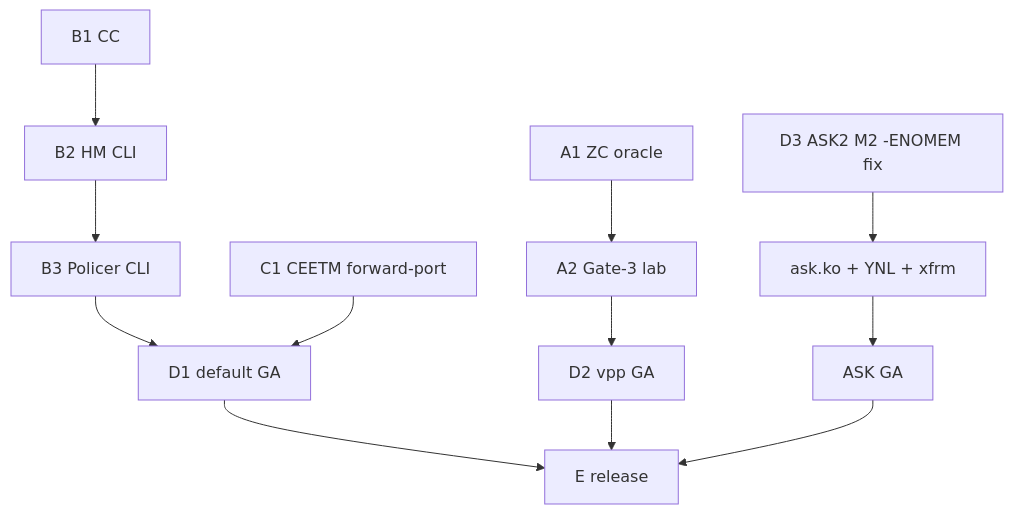
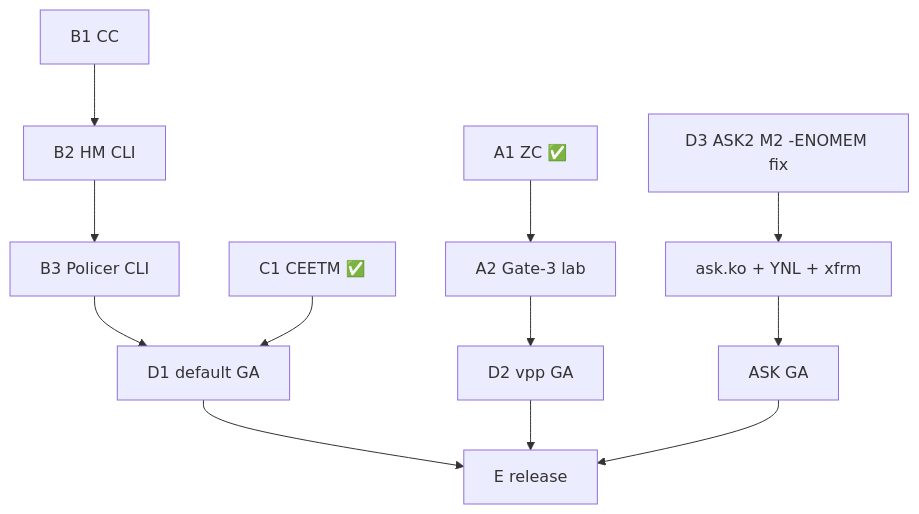
Before and after one commit to Daegara/vyos-ls1046a-build: the second of 2 diagrams in plans/DPAA1-FULL-DRIVER-PLAN.md, drawn with Mermaid. The commit also changed other lines of this file and 28 other files, not shown here.

````diff
--- a/plans/DPAA1-FULL-DRIVER-PLAN.md
+++ b/plans/DPAA1-FULL-DRIVER-PLAN.md
@@ -165,11 +122,11 @@
 ```mermaid
 graph TD
-    A1[A1 ZC oracle] --> A2[A2 Gate-3 lab]
+    A1[A1 ZC ✅] --> A2[A2 Gate-3 lab]
     A2 --> D2[D2 vpp GA]
     B1[B1 CC] --> B2[B2 HM CLI] --> B3[B3 Policer CLI] --> D1[D1 default GA]
-    C1[C1 CEETM forward-port] --> D1
+    C1[C1 CEETM ✅] --> D1
     M2fix[D3 ASK2 M2 -ENOMEM fix] --> ASKko[ask.ko + YNL + xfrm] --> D3gate[ASK GA]
     D1 --> E[E release]
     D2 --> E
     D3gate --> E
 ```
````
